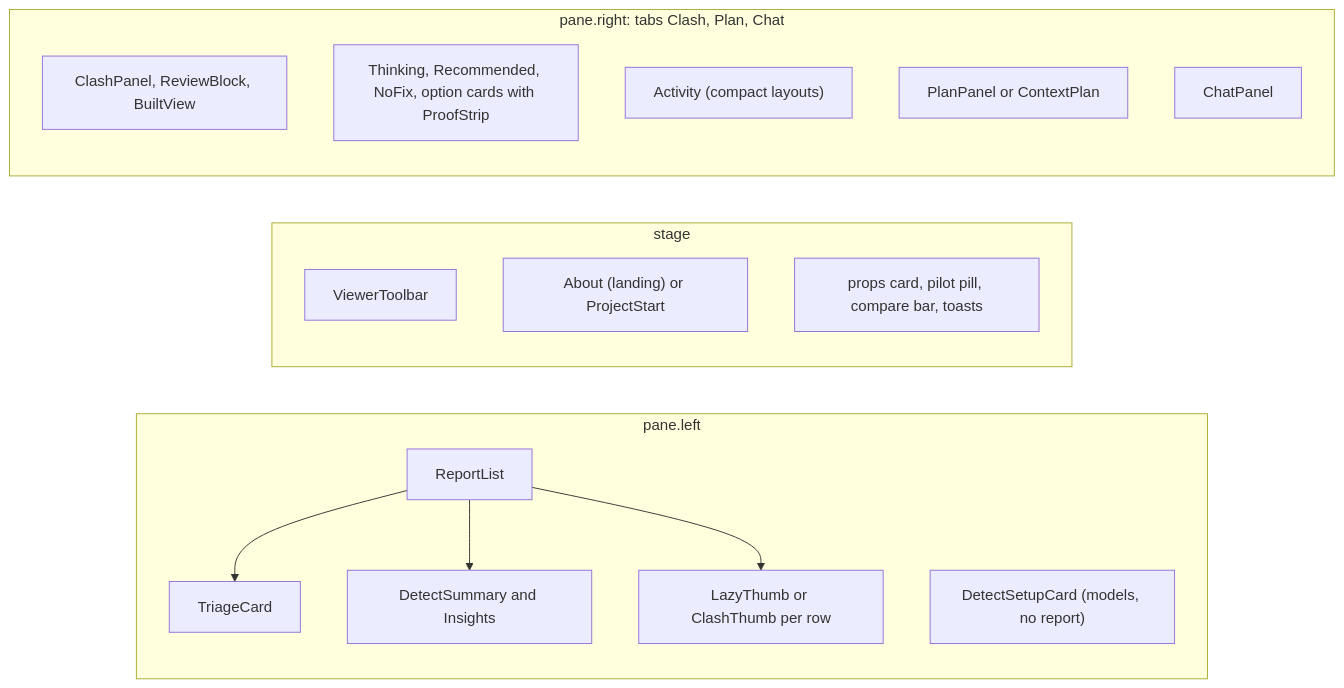
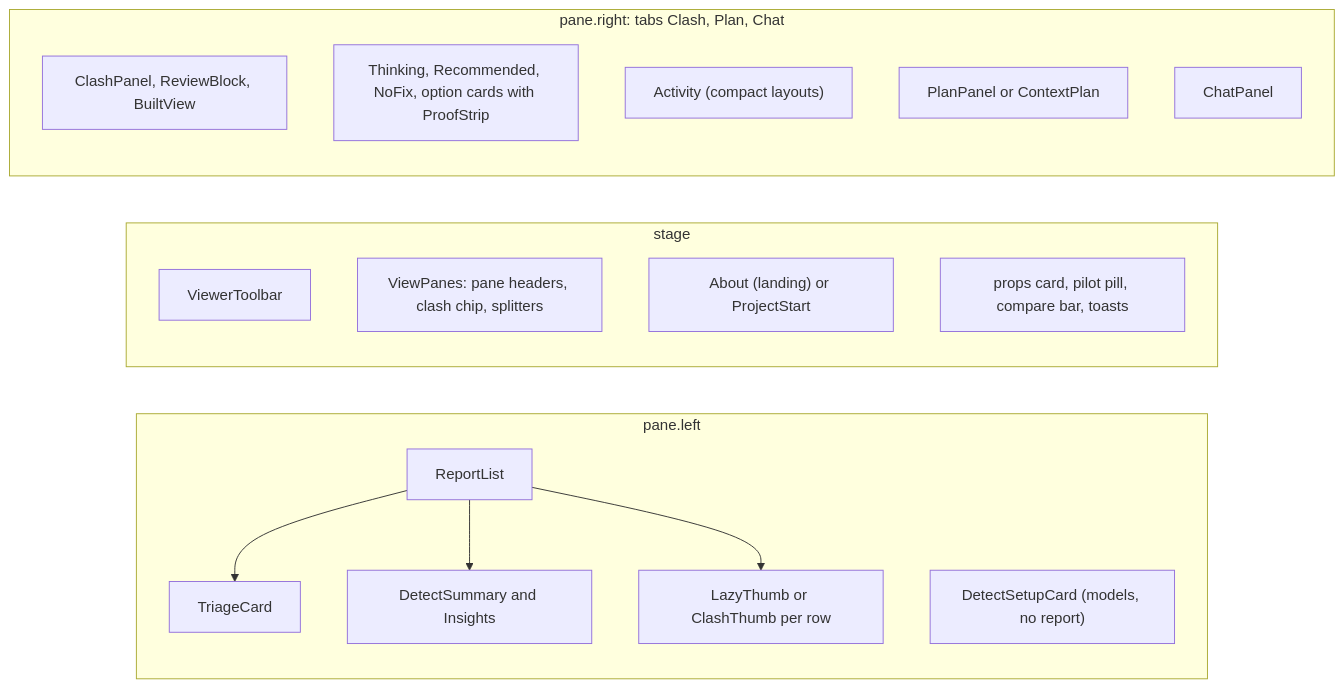
One commit to IssueLab-Inc/ORCA changed the second of 4 diagrams in docs/architecture/12-web-app.md. Above: the diagram before and after it, drawn with Mermaid. The commit also changed other lines of this file and 30 other files, not shown here.

````diff
--- a/docs/architecture/12-web-app.md
+++ b/docs/architecture/12-web-app.md
@@ -88,21 +89,22 @@
 ```mermaid
 flowchart LR
   subgraph leftPane["pane.left"]
     list["ReportList"] --> triageCard["TriageCard"]
     list --> insights["DetectSummary and Insights"]
     list --> lazy["LazyThumb or ClashThumb per row"]
     setup["DetectSetupCard (models, no report)"]
   end
   subgraph stagePane["stage"]
     toolbar["ViewerToolbar"]
+    panes["ViewPanes: pane headers, clash chip, splitters"]
     landing["About (landing) or ProjectStart"]
     overlays["props card, pilot pill, compare bar, toasts"]
   end
   subgraph rightPane["pane.right: tabs Clash, Plan, Chat"]
     clashTab["ClashPanel, ReviewBlock, BuiltView"]
     fixCards["Thinking, Recommended, NoFix, option cards with ProofStrip"]
     activity["Activity (compact layouts)"]
     planTab["PlanPanel or ContextPlan"]
     chatTab["ChatPanel"]
   end
 ```
````
